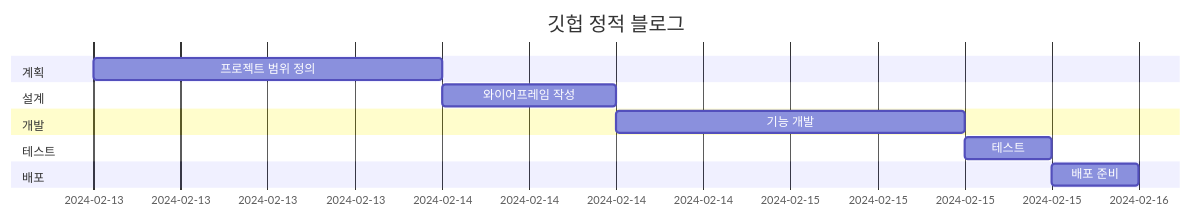
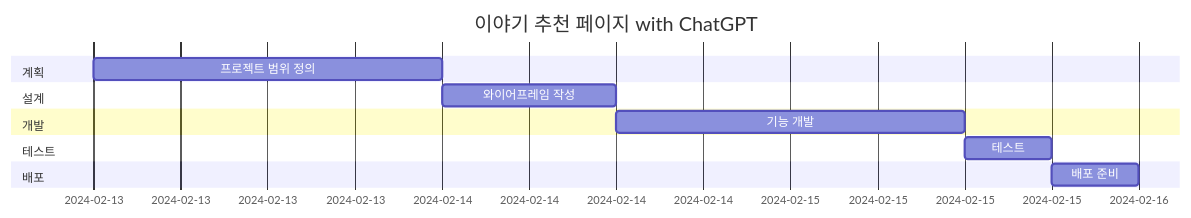
Before and after one commit to mkdirlife/NovelRecommand: the second of 2 diagrams in README.md, drawn with Mermaid. The commit also changed other lines of this file, not shown here.

````diff
--- a/README.md
+++ b/README.md
@@ -62,15 +64,15 @@
 ```mermaid
 gantt
-    title 깃헙 정적 블로그
+    title 이야기 추천 페이지 with ChatGPT
     dateFormat  YYYY-MM-DD
     section 계획
     프로젝트 범위 정의        :    des1, 2024-02-13, 1d
     section 설계
     와이어프레임 작성         :    des2, after des1, 12h
     section 개발
     기능 개발                :     dev1, after des2, 1d
     section 테스트
     테스트                  :     tes1, after dev1, 6h
     section 배포
     배포 준비               :     dep1, after tes1, 6h
 ```
````
